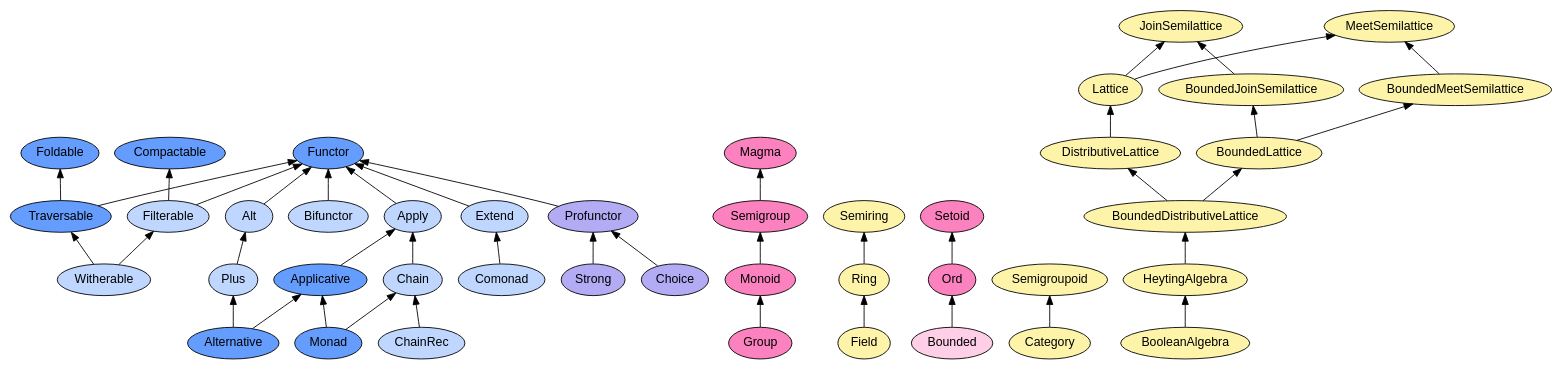
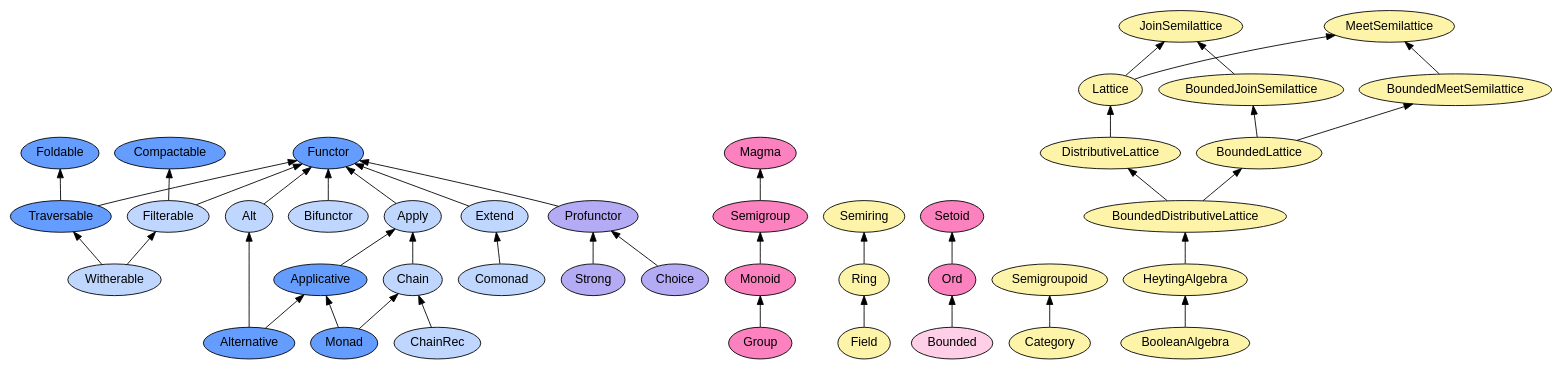
The diagram in docs/type-classes.dot (gcanti/fp-ts), drawn with Graphviz before and after one commit. The commit also changed 330 other files, not shown here.

```diff
--- a/docs/type-classes.dot
+++ b/docs/type-classes.dot
@@ -1,101 +1,100 @@
 digraph G {
   rankdir=BT;
   node [fontname="arial"];
 
   node [style=filled,color=black,fillcolor="#B3ABF4"];
   "Choice" [URL="./modules/Choice.ts.html"];
   "Profunctor" [URL="./modules/Profunctor.ts.html"];
   "Strong" [URL="./modules/Strong.ts.html"];
 
   "Strong" -> "Profunctor"
   "Choice" -> "Profunctor"
 
   node [style=filled,color=black,fillcolor="#FC81BF"];
   "Group" [URL="./modules/Group.ts.html"];
   "Magma" [URL="./modules/Magma.ts.html"];
   "Monoid" [URL="./modules/Monoid.ts.html"];
   "Semigroup" [URL="./modules/Semigroup.ts.html"];
 
   "Group" -> "Monoid"
   "Monoid" -> "Semigroup"
   "Semigroup" -> "Magma"
 
   node [style=filled,color=black,fillcolor="#FDF4AA"];
   "Field" [URL="./modules/Field.ts.html"];
   "Ring" [URL="./modules/Ring.ts.html"];
   "Semiring" [URL="./modules/Semiring.ts.html"];
 
   "Field" -> "Ring" -> "Semiring"
 
   node [style=filled,color=black,fillcolor="#FC81BF"];
   "Ord" [URL="./modules/Ord.ts.html"];
   "Setoid" [URL="./modules/Setoid.ts.html"];
 
   node [style=filled,color=black,fillcolor="#FECFE6"];
   "Bounded" [URL="./modules/Bounded.ts.html"];
 
   "Bounded" -> "Ord" -> "Setoid"
 
   node [style=filled,color=black,fillcolor="#FDF4AA"];
   "Category" [URL="./modules/Category.ts.html"];
   "Semigroupoid" [URL="./modules/Semigroupoid.ts.html"];
 
   "Category" -> "Semigroupoid"
 
   node [style=filled,color=black,fillcolor="#659DFE"];
   "Alternative" [URL="./modules/Alternative.ts.html"];
   "Applicative" [URL="./modules/Applicative.ts.html"];
   "Compactable" [URL="./modules/Compactable.ts.html"];
   "Foldable" [URL="./modules/Foldable.ts.html"];
   "Functor" [URL="./modules/Functor.ts.html"];
   "Monad" [URL="./modules/Monad.ts.html"];
   "Traversable" [URL="./modules/Traversable.ts.html"];
 
   node [style=filled,color=black,fillcolor="#BFD7FF"];
   "Alt" [URL="./modules/Alt.ts.html"];
   "Apply" [URL="./modules/Apply.ts.html"];
   "Bifunctor" [URL="./modules/Bifunctor.ts.html"];
   "Chain" [URL="./modules/Chain.ts.html"];
   "ChainRec" [URL="./modules/ChainRec.ts.html"];
   "Comonad" [URL="./modules/Comonad.ts.html"];
   "Compactable" [URL="./modules/Compactable.ts.html"];
   "Extend" [URL="./modules/Extend.ts.html"];
   "Filterable" [URL="./modules/Filterable.ts.html"];
-  "Plus" [URL="./modules/Plus.ts.html"];
   "Profunctor" [URL="./modules/Profunctor.ts.html"];
   "Witherable" [URL="./modules/Witherable.ts.html"];
 
   "Profunctor" -> "Functor"
   "Alt" -> "Functor"
   "Bifunctor" -> "Functor"
   "Alternative" -> "Applicative"
-  "Alternative" -> "Plus" -> "Alt"
+  "Alternative" -> "Alt"
   "Monad" -> "Applicative" -> "Apply" -> "Functor"
   "Monad" -> "Chain" -> "Apply"
   "ChainRec" -> "Chain"
   "Comonad" -> "Extend" -> "Functor"
   "Traversable" -> "Foldable"
   "Traversable" -> "Functor"
   "Filterable" -> "Functor"
   "Filterable" -> "Compactable"
   "Witherable" -> "Traversable"
   "Witherable" -> "Filterable"
 
   node [style=filled,color=black,fillcolor="#FDF4AA"];
   "BooleanAlgebra" [URL="./modules/BooleanAlgebra.ts.html"];
   "BoundedDistributiveLattice" [URL="./modules/BoundedDistributiveLattice.ts.html"];
   "BoundedJoinSemilattice" [URL="./modules/BoundedJoinSemilattice.ts.html"];
   "BoundedLattice" [URL="./modules/BoundedLattice.ts.html"];
   "BoundedMeetSemilattice" [URL="./modules/BoundedMeetSemilattice.ts.html"];
   "DistributiveLattice" [URL="./modules/DistributiveLattice.ts.html"];
   "HeytingAlgebra" [URL="./modules/HeytingAlgebra.ts.html"];
   "JoinSemilattice" [URL="./modules/JoinSemilattice.ts.html"];
   "Lattice" [URL="./modules/Lattice.ts.html"];
   "MeetSemilattice" [URL="./modules/MeetSemilattice.ts.html"];
 
   "BooleanAlgebra" -> "HeytingAlgebra" -> "BoundedDistributiveLattice" -> "BoundedLattice" -> "BoundedJoinSemilattice"
   "BoundedDistributiveLattice" -> "DistributiveLattice" -> "Lattice" -> "JoinSemilattice"
   "Lattice" -> "MeetSemilattice"
   "BoundedJoinSemilattice" -> "JoinSemilattice"
   "BoundedLattice" -> "BoundedMeetSemilattice" -> "MeetSemilattice"
 }
```
